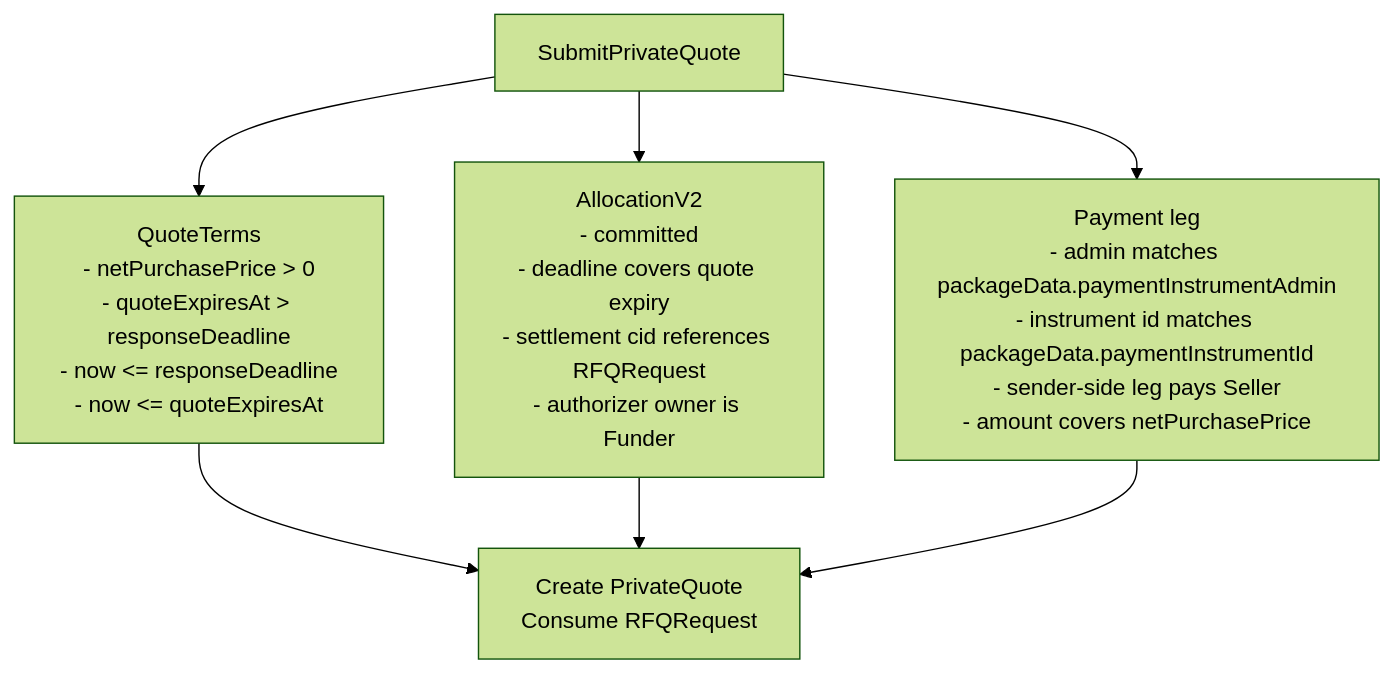
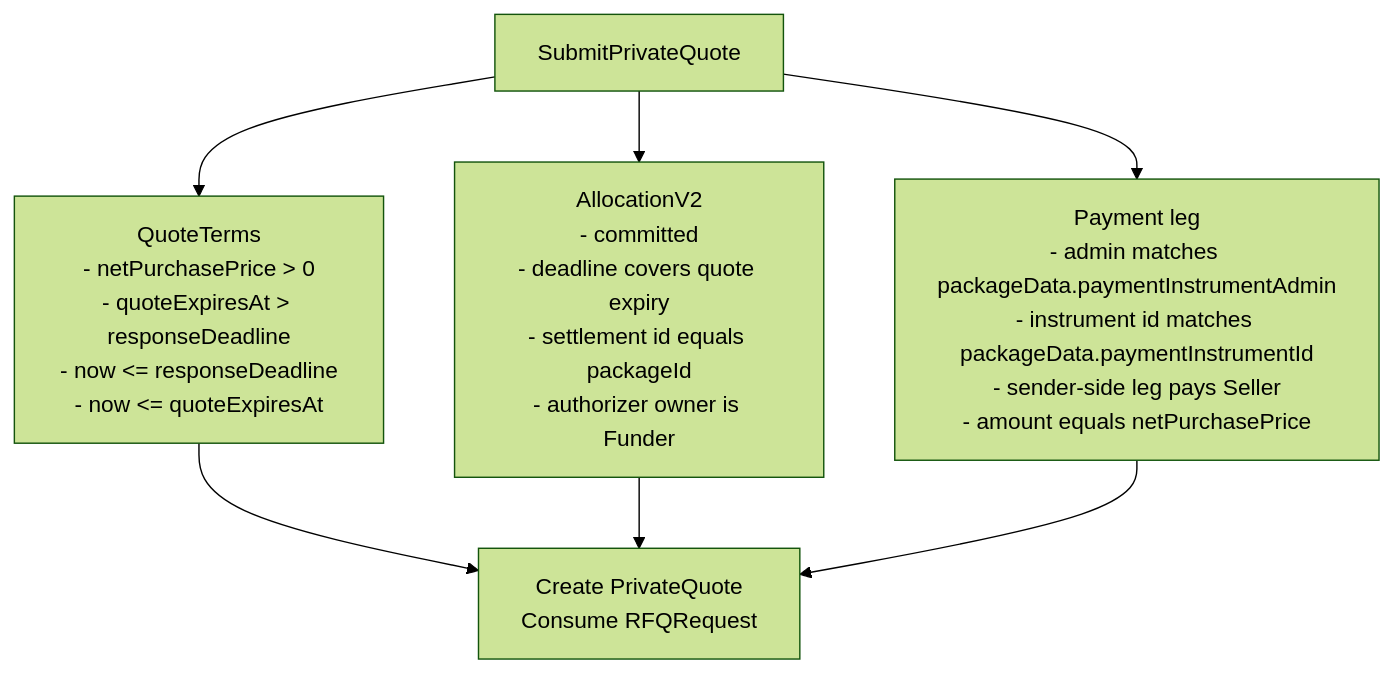
Before and after one commit to no-witness-labs/canton-hackathon-cloakRFQ: the sixth of 10 diagrams in docs/technical-design/005-workflow-diagrams.md, drawn with Mermaid (forest theme). The commit also changed other lines of this file and 22 other files, not shown here.

````diff
--- a/docs/technical-design/005-workflow-diagrams.md
+++ b/docs/technical-design/005-workflow-diagrams.md
@@ -101,16 +138,16 @@
 ```mermaid
 flowchart TD
     Submit["SubmitPrivateQuote"]
 
     QT["QuoteTerms<br/>- netPurchasePrice > 0<br/>- quoteExpiresAt > responseDeadline<br/>- now <= responseDeadline<br/>- now <= quoteExpiresAt"]
-    A["AllocationV2<br/>- committed<br/>- deadline covers quote expiry<br/>- settlement cid references RFQRequest<br/>- authorizer owner is Funder"]
-    P["Payment leg<br/>- admin matches packageData.paymentInstrumentAdmin<br/>- instrument id matches packageData.paymentInstrumentId<br/>- sender-side leg pays Seller<br/>- amount covers netPurchasePrice"]
+    A["AllocationV2<br/>- committed<br/>- deadline covers quote expiry<br/>- settlement id equals packageId<br/>- authorizer owner is Funder"]
+    P["Payment leg<br/>- admin matches packageData.paymentInstrumentAdmin<br/>- instrument id matches packageData.paymentInstrumentId<br/>- sender-side leg pays Seller<br/>- amount equals netPurchasePrice"]
     Create["Create PrivateQuote<br/>Consume RFQRequest"]
 
     Submit --> QT
     Submit --> A
     Submit --> P
     QT --> Create
     A --> Create
     P --> Create
 ```
````
